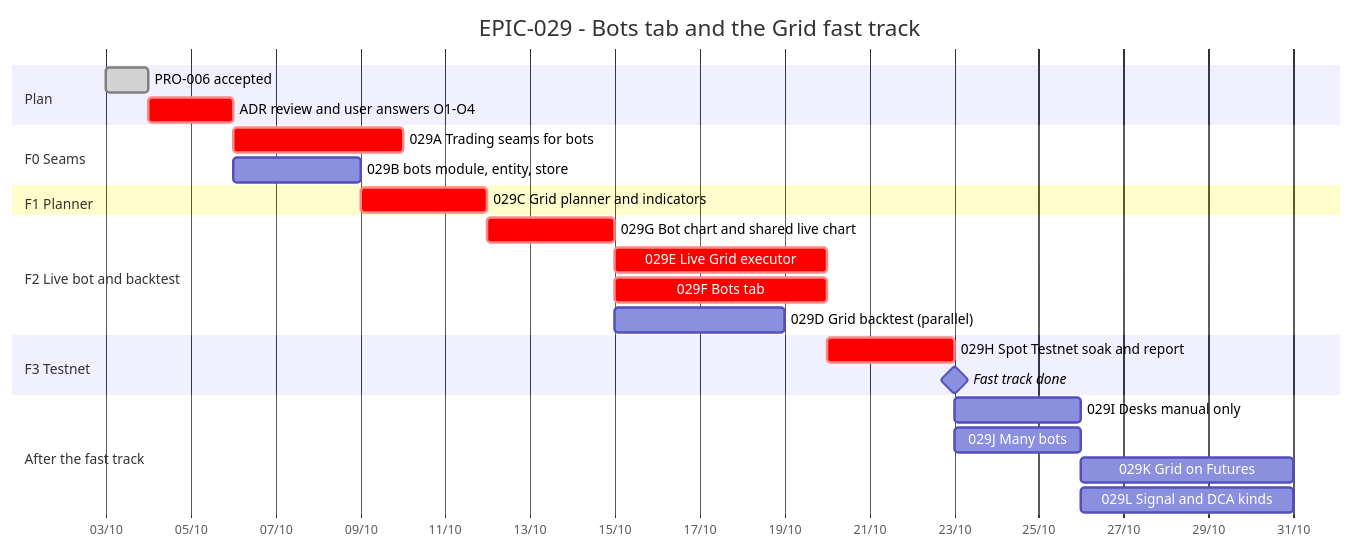
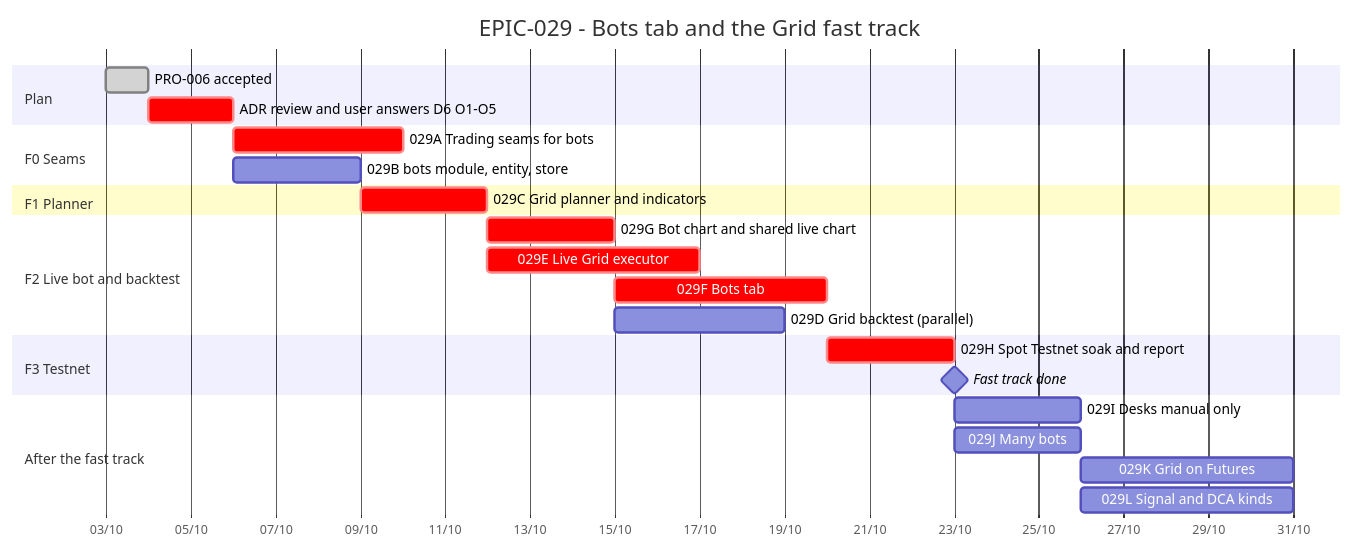
Before and after one commit to anhembedded/Sagittarius_Elite_Warrior: the diagram in Tasks/epics/EPIC-029_bots_tab_grid_fast_track/TRACKING.md, drawn with Mermaid. The commit also changed other lines of this file and 11 other files, not shown here.

First line of the commit message:
docs(epic-029): address design review round 1 on the Bots tab ADR

````diff
--- a/Tasks/epics/EPIC-029_bots_tab_grid_fast_track/TRACKING.md
+++ b/Tasks/epics/EPIC-029_bots_tab_grid_fast_track/TRACKING.md
@@ -13,34 +13,34 @@
 ```mermaid
 gantt
     title EPIC-029 - Bots tab and the Grid fast track
     dateFormat  YYYY-MM-DD
     axisFormat  %d/%m
     todayMarker stroke-width:2px,stroke:#d33,opacity:0.6
 
     section Plan
     PRO-006 accepted                         :done,    s1, 2026-10-03, 1d
-    ADR review and user answers O1-O4        :crit,    s2, after s1, 2d
+    ADR review and user answers D6 O1-O5     :crit,    s2, after s1, 2d
 
     section F0 Seams
     029A Trading seams for bots              :crit,    a, after s2, 4d
     029B bots module, entity, store          :         b, after s2, 3d
 
     section F1 Planner
     029C Grid planner and indicators         :crit,    c, after b, 3d
 
     section F2 Live bot and backtest
     029G Bot chart and shared live chart     :crit,    g, after c, 3d
-    029E Live Grid executor                  :crit,    e, after a g, 5d
+    029E Live Grid executor                  :crit,    e, after a c, 5d
     029F Bots tab                            :crit,    f, after g, 5d
     029D Grid backtest (parallel)            :         d, after g, 4d
 
     section F3 Testnet
-    029H Spot Testnet soak and report        :crit,    h, after e f, 3d
+    029H Spot Testnet soak and report        :crit,    h, after e f d, 3d
     Fast track done                          :milestone, m1, after h, 0d
 
     section After the fast track
     029I Desks manual only                   :         i, after m1, 3d
     029J Many bots                           :         j, after m1, 3d
     029K Grid on Futures                     :         k, after j, 5d
     029L Signal and DCA kinds                :         l, after i j, 5d
 ```
````
